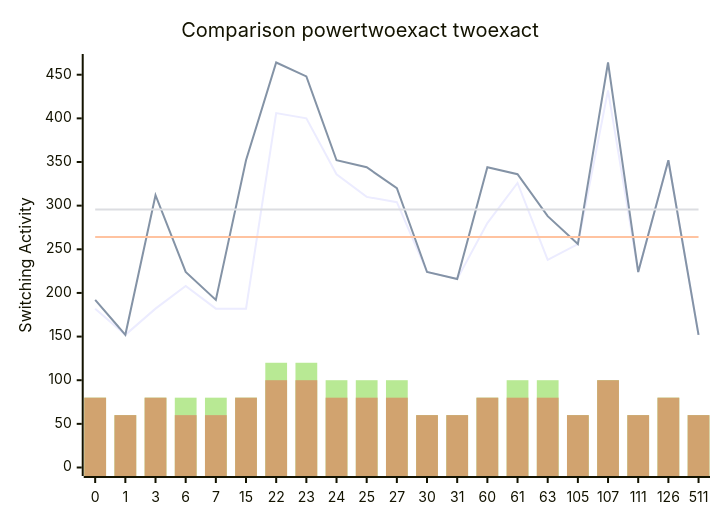
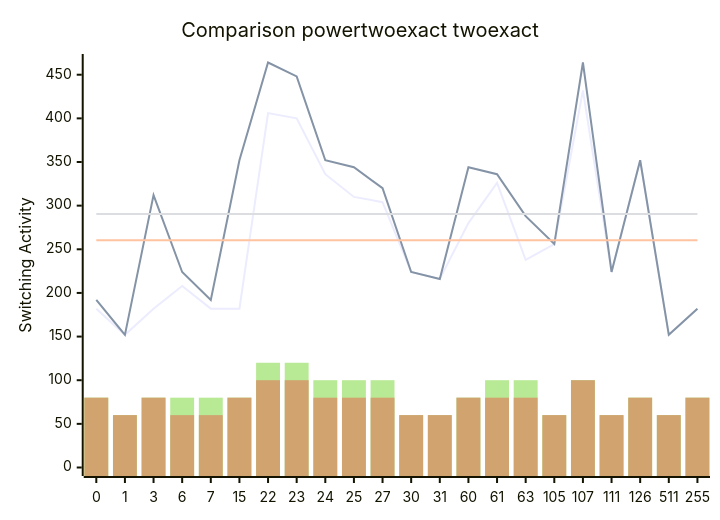
The diagram in benchmark_opt.md (FeldmeierMichael/Exact-Power-Synthesis), drawn with Mermaid before and after one commit. The commit also changed other lines of this file, not shown here.

````diff
--- a/benchmark_opt.md
+++ b/benchmark_opt.md
@@ -47,12 +49,12 @@
 ```mermaid
 xychart-beta
     title "Comparison powertwoexact twoexact"
-    x-axis [0, 1, 3, 6, 7, 15, 22, 23, 24, 25, 27, 30, 31, 60, 61, 63, 105, 107, 111, 126, 511]
+    x-axis [0, 1, 3, 6, 7, 15, 22, 23, 24, 25, 27, 30, 31, 60, 61, 63, 105, 107, 111, 126, 511, 255]
     y-axis "Switching Activity" 0-->464
-    line [182, 152, 182, 208, 182, 182, 406, 400, 336, 310, 304, 224, 216, 280, 326, 238, 256, 432, 224, 352, 152]
-    line [192, 152, 312, 224, 192, 352, 464, 448, 352, 344, 320, 224, 216, 344, 336, 288, 256, 464, 224, 352, 152]
-    line [264.0, 264.0, 264.0, 264.0, 264.0, 264.0, 264.0, 264.0, 264.0, 264.0, 264.0, 264.0, 264.0, 264.0, 264.0, 264.0, 264.0, 264.0, 264.0, 264.0, 264.0]
-    line [295.6190476190476, 295.6190476190476, 295.6190476190476, 295.6190476190476, 295.6190476190476, 295.6190476190476, 295.6190476190476, 295.6190476190476, 295.6190476190476, 295.6190476190476, 295.6190476190476, 295.6190476190476, 295.6190476190476, 295.6190476190476, 295.6190476190476, 295.6190476190476, 295.6190476190476, 295.6190476190476, 295.6190476190476, 295.6190476190476, 295.6190476190476]
-    bar [80, 60, 80, 80, 80, 80, 120, 120, 100, 100, 100, 60, 60, 80, 100, 100, 60, 100, 60, 80, 60]
-    bar [80, 60, 80, 60, 60, 80, 100, 100, 80, 80, 80, 60, 60, 80, 80, 80, 60, 100, 60, 80, 60]
+    line [182, 152, 182, 208, 182, 182, 406, 400, 336, 310, 304, 224, 216, 280, 326, 238, 256, 432, 224, 352, 152, 182]
+    line [192, 152, 312, 224, 192, 352, 464, 448, 352, 344, 320, 224, 216, 344, 336, 288, 256, 464, 224, 352, 152, 182]
+    line [260.27272727272725, 260.27272727272725, 260.27272727272725, 260.27272727272725, 260.27272727272725, 260.27272727272725, 260.27272727272725, 260.27272727272725, 260.27272727272725, 260.27272727272725, 260.27272727272725, 260.27272727272725, 260.27272727272725, 260.27272727272725, 260.27272727272725, 260.27272727272725, 260.27272727272725, 260.27272727272725, 260.27272727272725, 260.27272727272725, 260.27272727272725, 260.27272727272725]
+    line [290.45454545454544, 290.45454545454544, 290.45454545454544, 290.45454545454544, 290.45454545454544, 290.45454545454544, 290.45454545454544, 290.45454545454544, 290.45454545454544, 290.45454545454544, 290.45454545454544, 290.45454545454544, 290.45454545454544, 290.45454545454544, 290.45454545454544, 290.45454545454544, 290.45454545454544, 290.45454545454544, 290.45454545454544, 290.45454545454544, 290.45454545454544, 290.45454545454544]
+    bar [80, 60, 80, 80, 80, 80, 120, 120, 100, 100, 100, 60, 60, 80, 100, 100, 60, 100, 60, 80, 60, 80]
+    bar [80, 60, 80, 60, 60, 80, 100, 100, 80, 80, 80, 60, 60, 80, 80, 80, 60, 100, 60, 80, 60, 80]
 ```
````
